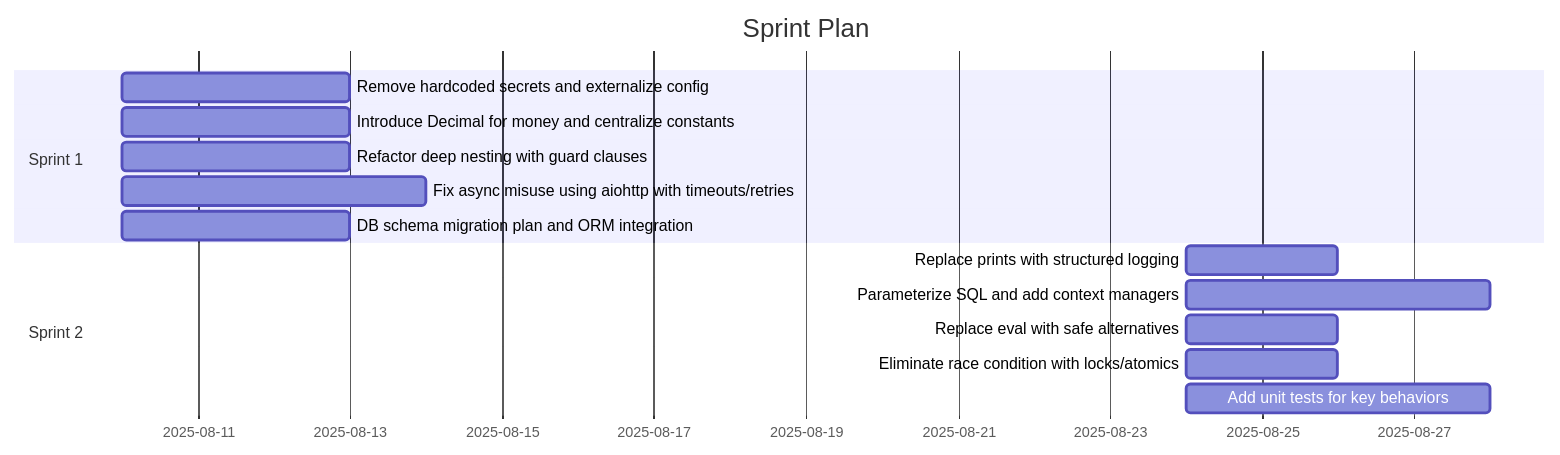
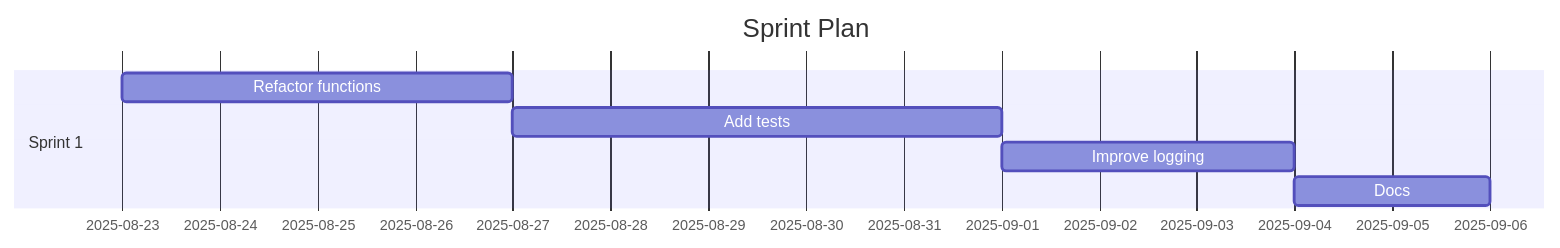
Before and after one commit to Anselmoo/mcp-ai-agent-guidelines: the diagram in demos/demo-code-analysis.sprint.md, drawn with Mermaid. The commit also changed other lines of this file and 33 other files, not shown here.

````diff
--- a/demos/demo-code-analysis.sprint.md
+++ b/demos/demo-code-analysis.sprint.md
@@ -39,17 +58,11 @@
 ```mermaid
 gantt
 	dateFormat  YYYY-MM-DD
 	title Sprint Plan
+%% Accessibility: Title=Project Sprint Plan; Description=Gantt chart of sprints and tasks over time. %%
   section Sprint 1
-  Remove hardcoded secrets and externalize config :s1t0, 2025-08-10, 3d
-  Introduce Decimal for money and centralize constants :s1t1, 2025-08-10, 3d
-  Refactor deep nesting with guard clauses :s1t2, 2025-08-10, 3d
-  Fix async misuse using aiohttp with timeouts/retries :s1t3, 2025-08-10, 4d
-  DB schema migration plan and ORM integration :s1t4, 2025-08-10, 3d
-  section Sprint 2
-  Replace prints with structured logging :s2t0, 2025-08-24, 2d
-  Parameterize SQL and add context managers :s2t1, 2025-08-24, 4d
-  Replace eval with safe alternatives :s2t2, 2025-08-24, 2d
-  Eliminate race condition with locks/atomics :s2t3, 2025-08-24, 2d
-  Add unit tests for key behaviors :s2t4, 2025-08-24, 4d
+  Refactor functions :s1t0, 2025-08-23, 4d
+  Add tests :s1t1, 2025-08-27, 5d
+  Improve logging :s1t2, 2025-09-01, 3d
+  Docs :s1t3, 2025-09-04, 2d
 ```
````
